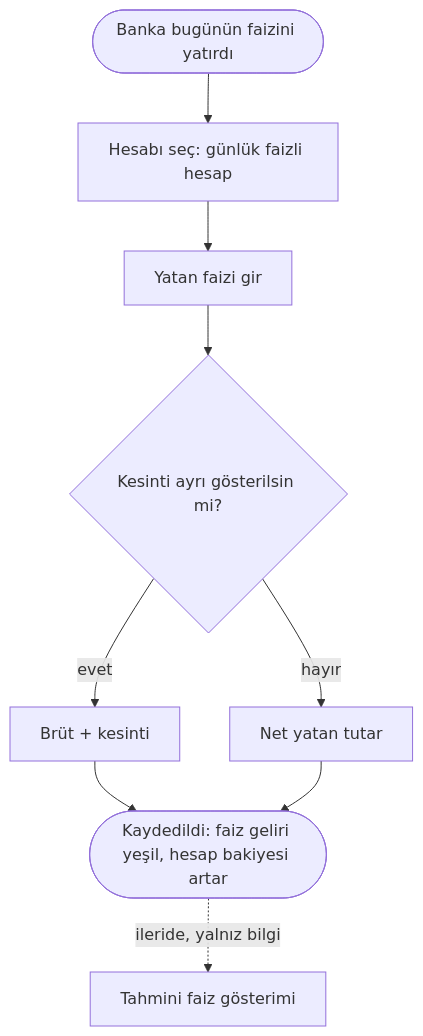
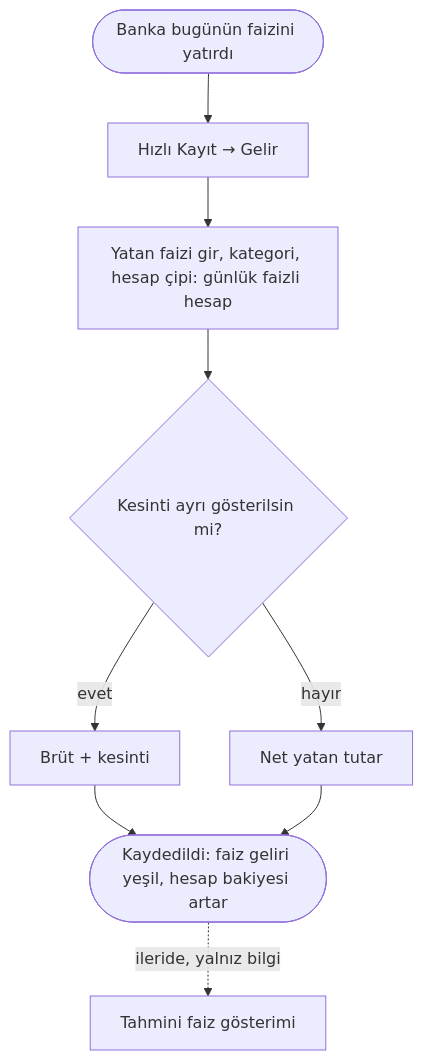
One commit to akderelianil/aa-finance changed the diagram in docs/ux/akislar/AKS-010-gunluk-faizli-hesap.md. Above: the diagram before and after it, drawn with Mermaid. The commit also changed other lines of this file and 18 other files, not shown here.

````diff
--- a/docs/ux/akislar/AKS-010-gunluk-faizli-hesap.md
+++ b/docs/ux/akislar/AKS-010-gunluk-faizli-hesap.md
@@ -21,11 +21,11 @@
 ```mermaid
 flowchart TD
-  A([Banka bugünün faizini yatırdı]) --> B[Hesabı seç: günlük faizli hesap]
-  B --> C[Yatan faizi gir]
+  A([Banka bugünün faizini yatırdı]) --> B[Hızlı Kayıt → Gelir]
+  B --> C[Yatan faizi gir, kategori, hesap çipi: günlük faizli hesap]
   C --> D{Kesinti ayrı gösterilsin mi?}
   D -- evet --> E[Brüt + kesinti]
   D -- hayır --> F[Net yatan tutar]
   E --> G([Kaydedildi: faiz geliri yeşil, hesap bakiyesi artar])
   F --> G
   G -. ileride, yalnız bilgi .-> H[Tahmini faiz gösterimi]
 ```
````
